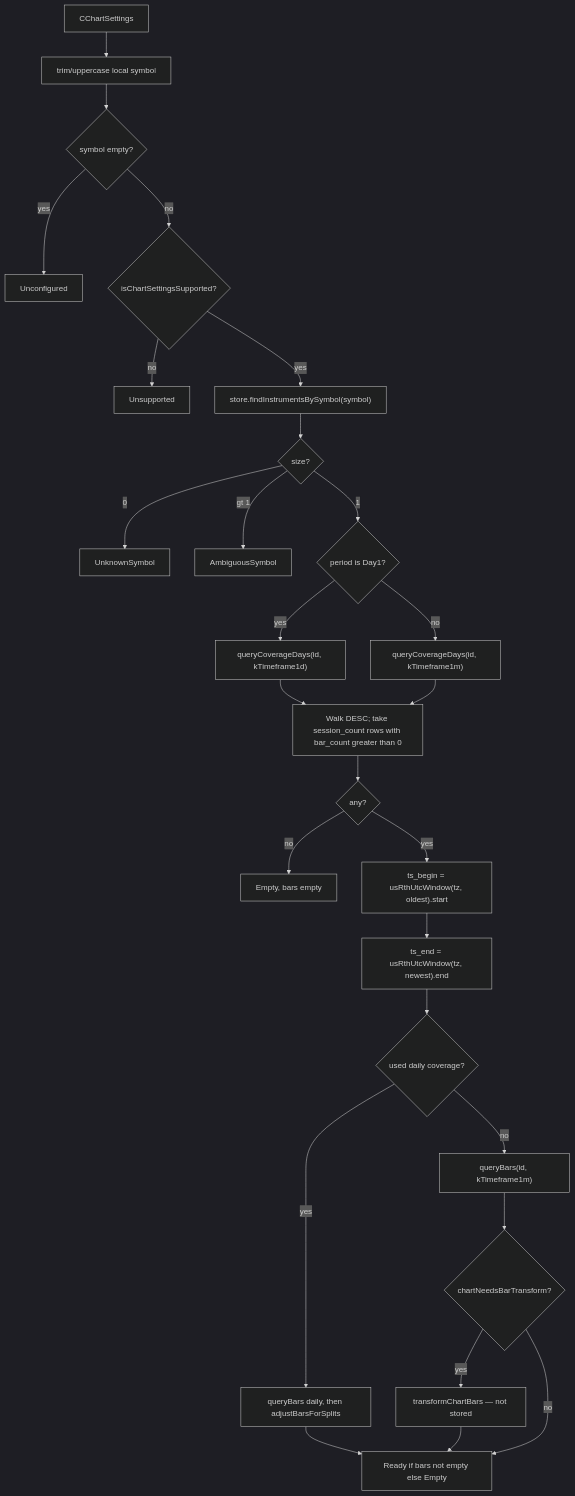
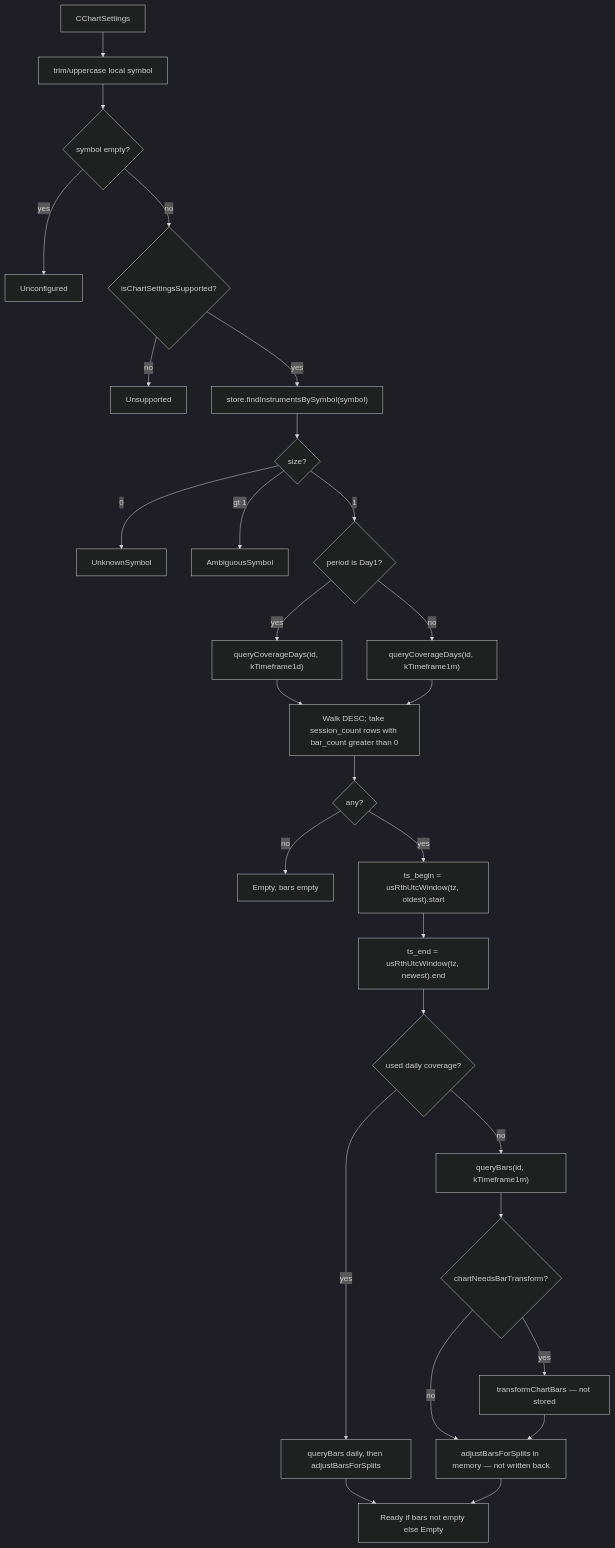
The fourth of 4 diagrams in docs/chart-panes.md (CyN1ckal/CyNickal-Software-Terminal), drawn with Mermaid (dark theme) before and after one commit. The commit also changed other lines of this file and 2 other files, not shown here.

First line of the commit message:
Describe the chart, dividends, and portfolio VaR as implemented.

````diff
--- a/docs/chart-panes.md
+++ b/docs/chart-panes.md
@@ -738,29 +738,30 @@
 ```mermaid
 flowchart TD
     A[CChartSettings] --> T[trim/uppercase local symbol]
     T --> B{symbol empty?}
     B -->|yes| U[Unconfigured]
     B -->|no| C{isChartSettingsSupported?}
     C -->|no| X[Unsupported]
     C -->|yes| D["store.findInstrumentsBySymbol(symbol)"]
     D --> E{size?}
     E -->|0| F[UnknownSymbol]
     E -->|gt 1| G[AmbiguousSymbol]
     E -->|1| H{"period is Day1?"}
     H -->|yes| Hd["queryCoverageDays(id, kTimeframe1d)"]
     H -->|no| Hm["queryCoverageDays(id, kTimeframe1m)"]
     Hd --> I[Walk DESC; take session_count rows with bar_count greater than 0]
     Hm --> I
     I --> J{any?}
     J -->|no| K[Empty, bars empty]
     J -->|yes| L["ts_begin = usRthUtcWindow(tz, oldest).start"]
     L --> M["ts_end = usRthUtcWindow(tz, newest).end"]
     M --> N{"used daily coverage?"}
     N -->|yes| Nd["queryBars daily, then adjustBarsForSplits"]
     N -->|no| Nm["queryBars(id, kTimeframe1m)"]
     Nm --> P{chartNeedsBarTransform?}
     P -->|yes| Q["transformChartBars — not stored"]
-    P -->|no| O
+    P -->|no| Adj["adjustBarsForSplits in memory — not written back"]
+    Q --> Adj
     Nd --> O
-    Q --> O[Ready if bars not empty else Empty]
+    Adj --> O[Ready if bars not empty else Empty]
 ```
````
